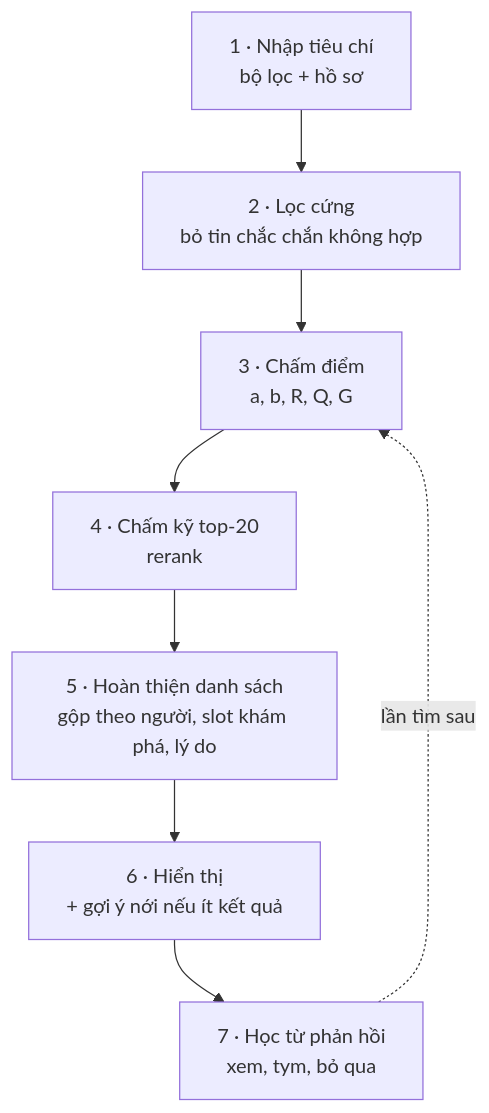
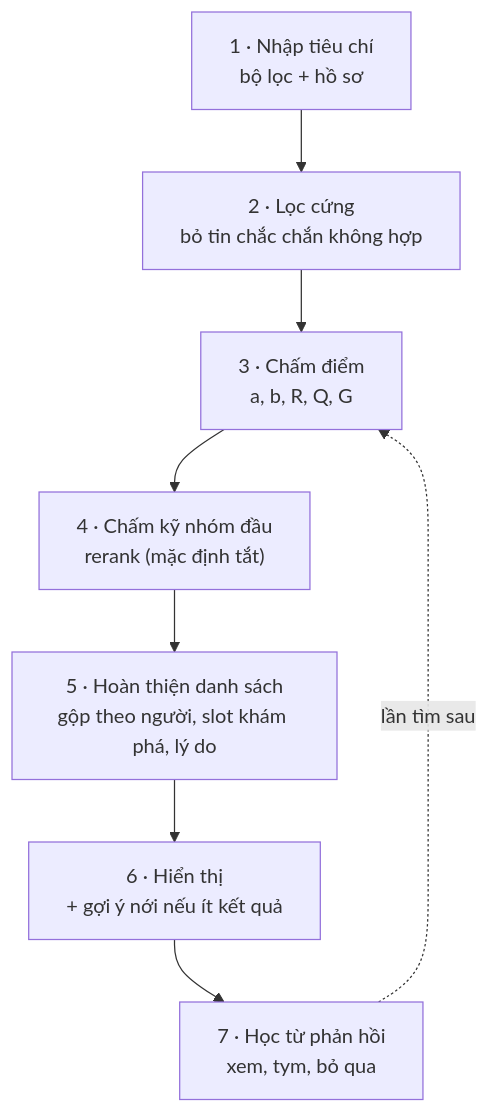
One commit to Vankheeng/ptutor changed the second of 2 diagrams in docs/recommendation/00-doc-truoc.md. Above: the diagram before and after it, drawn with Mermaid. The commit also changed other lines of this file and 7 other files, not shown here.

````diff
--- a/docs/recommendation/00-doc-truoc.md
+++ b/docs/recommendation/00-doc-truoc.md
@@ -83,10 +83,10 @@
 ```mermaid
 flowchart TB
     S1["1 · Nhập tiêu chí<br/>bộ lọc + hồ sơ"] --> S2["2 · Lọc cứng<br/>bỏ tin chắc chắn không hợp"]
     S2 --> S3["3 · Chấm điểm<br/>a, b, R, Q, G"]
-    S3 --> S4["4 · Chấm kỹ top-20<br/>rerank"]
+    S3 --> S4["4 · Chấm kỹ nhóm đầu<br/>rerank (mặc định tắt)"]
     S4 --> S5["5 · Hoàn thiện danh sách<br/>gộp theo người, slot khám phá, lý do"]
     S5 --> S6["6 · Hiển thị<br/>+ gợi ý nới nếu ít kết quả"]
     S6 --> S7["7 · Học từ phản hồi<br/>xem, tym, bỏ qua"]
     S7 -.->|"lần tìm sau"| S3
 ```
````
